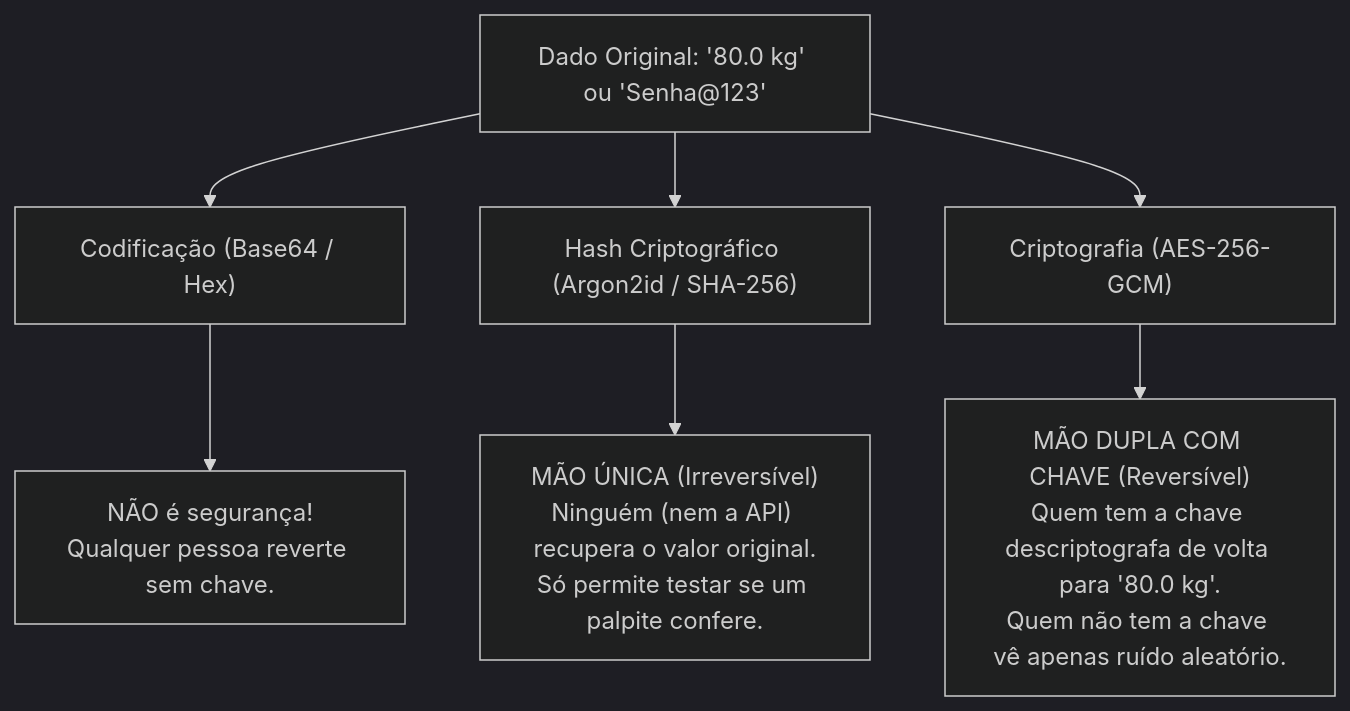
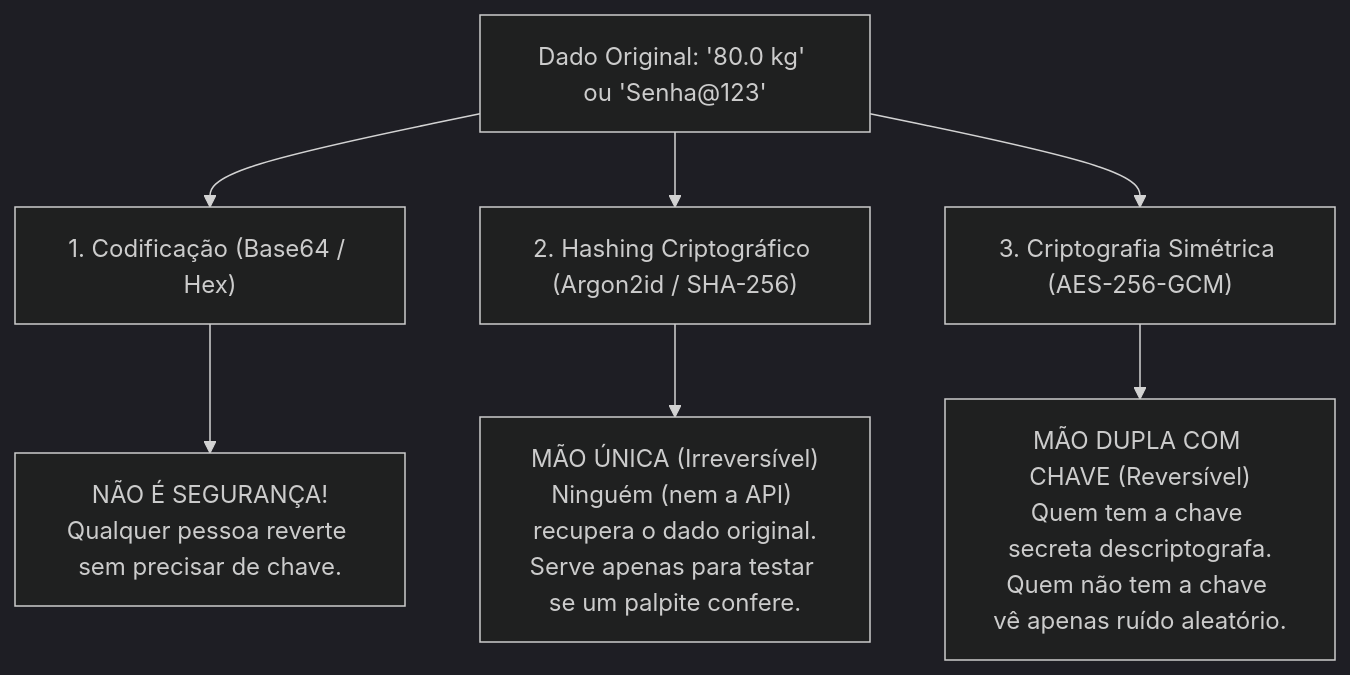
The diagram in docs/guia-didatico-criptografia.md (angelorpt/crypto-health-api), drawn with Mermaid (dark theme) before and after one commit. The commit also changed other lines of this file and 17 other files, not shown here.

Commit message:
docs: adicionar documentacao completa, diagramas C4/UML e apresentacoes slidev

````diff
--- a/docs/guia-didatico-criptografia.md
+++ b/docs/guia-didatico-criptografia.md
@@ -11,10 +22,10 @@
 ```mermaid
 flowchart TD
-    Data["Dado Original: '80.0 kg' ou 'Senha@123'"] --> Enc["Codificação (Base64 / Hex)"]
-    Data --> Hash["Hash Criptográfico (Argon2id / SHA-256)"]
-    Data --> Cipher["Criptografia (AES-256-GCM)"]
+    Original["Dado Original: '80.0 kg' ou 'Senha@123'"] --> Base64["1. Codificação (Base64 / Hex)"]
+    Original --> Hash["2. Hashing Criptográfico (Argon2id / SHA-256)"]
+    Original --> Cripto["3. Criptografia Simétrica (AES-256-GCM)"]
 
-    Enc --> EncOut["NÃO é segurança!<br/>Qualquer pessoa reverte sem chave."]
-    Hash --> HashOut["MÃO ÚNICA (Irreversível)<br/>Ninguém (nem a API) recupera o valor original.<br/>Só permite testar se um palpite confere."]
-    Cipher --> CipherOut["MÃO DUPLA COM CHAVE (Reversível)<br/>Quem tem a chave descriptografa de volta para '80.0 kg'.<br/>Quem não tem a chave vê apenas ruído aleatório."]
+    Base64 --> R1["NÃO É SEGURANÇA!<br/>Qualquer pessoa reverte sem precisar de chave."]
+    Hash --> R2["MÃO ÚNICA (Irreversível)<br/>Ninguém (nem a API) recupera o dado original.<br/>Serve apenas para testar se um palpite confere."]
+    Cripto --> R3["MÃO DUPLA COM CHAVE (Reversível)<br/>Quem tem a chave secreta descriptografa.<br/>Quem não tem a chave vê apenas ruído aleatório."]
 ```
````
